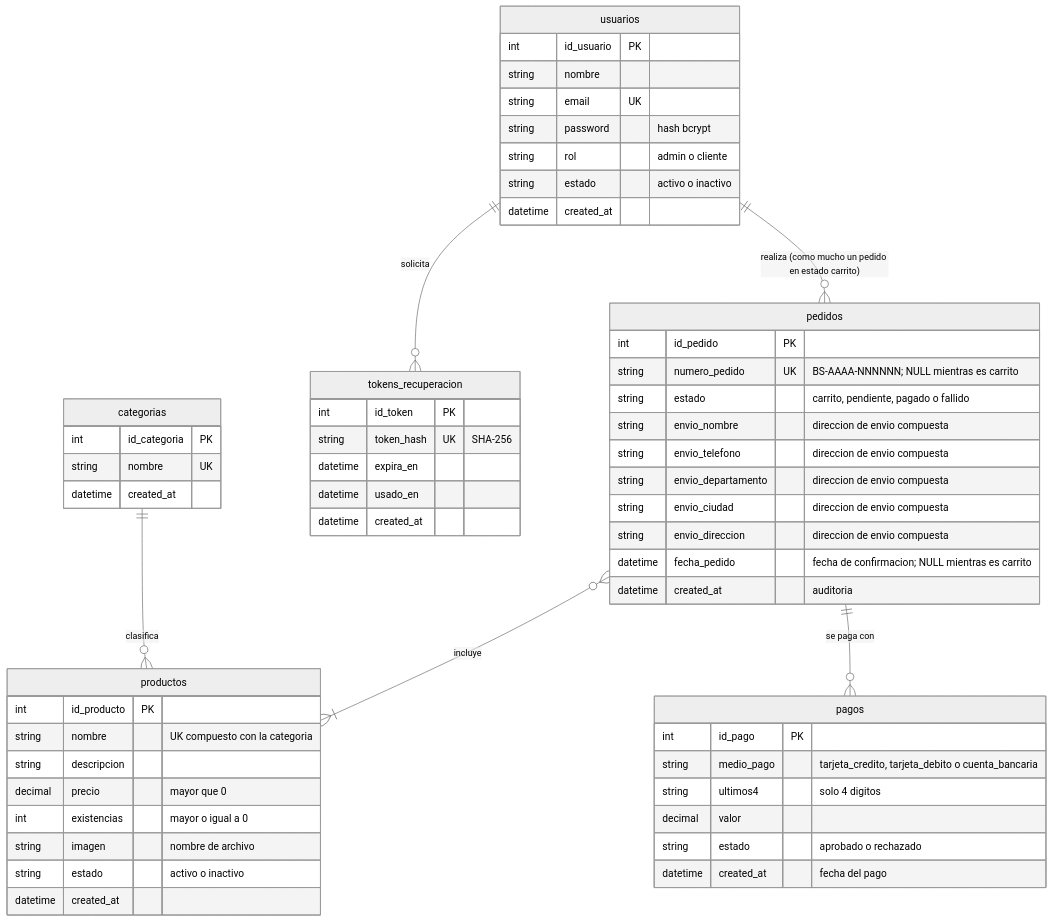
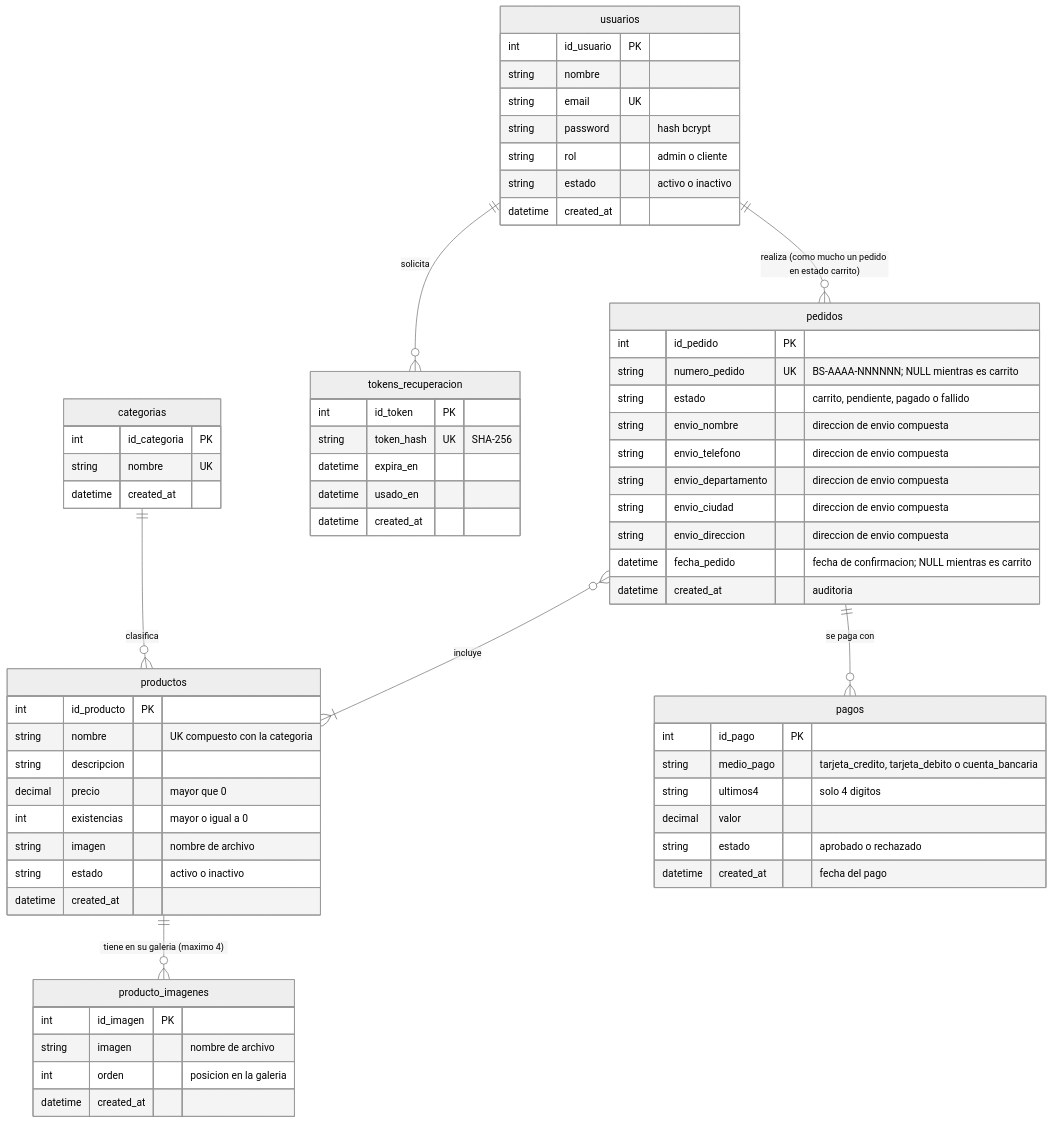
Before and after one commit to sxiks/BIKE-STORE_3400626_EQUIPO_2: the diagram in docs/diseno-tecnico/MODELO_DATOS.md, drawn with Mermaid (neutral theme). The commit also changed other lines of this file and 23 other files, not shown here.

````diff
--- a/docs/diseno-tecnico/MODELO_DATOS.md
+++ b/docs/diseno-tecnico/MODELO_DATOS.md
@@ -53,68 +53,76 @@
 ```mermaid
 erDiagram
     usuarios ||--o{ pedidos : "realiza (como mucho un pedido en estado carrito)"
     usuarios ||--o{ tokens_recuperacion : "solicita"
     categorias ||--o{ productos : "clasifica"
+    productos ||--o{ producto_imagenes : "tiene en su galeria (maximo 4)"
     pedidos }o--|{ productos : "incluye"
     pedidos ||--o{ pagos : "se paga con"
 
     %% incluye -> atributos propios de la relacion: cantidad, precio_unitario (copia R3, se refresca al confirmar), created_at
     %%            sus filas son las lineas del carrito (estado carrito) y las del pedido confirmado
 
     usuarios {
         int id_usuario PK
         string nombre
         string email UK
         string password "hash bcrypt"
         string rol "admin o cliente"
         string estado "activo o inactivo"
         datetime created_at
     }
 
     categorias {
         int id_categoria PK
         string nombre UK
         datetime created_at
     }
 
     productos {
         int id_producto PK
         string nombre "UK compuesto con la categoria"
         string descripcion
         decimal precio "mayor que 0"
         int existencias "mayor o igual a 0"
         string imagen "nombre de archivo"
         string estado "activo o inactivo"
         datetime created_at
     }
 
+    producto_imagenes {
+        int id_imagen PK
+        string imagen "nombre de archivo"
+        int orden "posicion en la galeria"
+        datetime created_at
+    }
+
     pedidos {
         int id_pedido PK
         string numero_pedido UK "BS-AAAA-NNNNNN; NULL mientras es carrito"
         string estado "carrito, pendiente, pagado o fallido"
         string envio_nombre "direccion de envio compuesta"
         string envio_telefono "direccion de envio compuesta"
         string envio_departamento "direccion de envio compuesta"
         string envio_ciudad "direccion de envio compuesta"
         string envio_direccion "direccion de envio compuesta"
         datetime fecha_pedido "fecha de confirmacion; NULL mientras es carrito"
         datetime created_at "auditoria"
     }
 
     pagos {
         int id_pago PK
         string medio_pago "tarjeta_credito, tarjeta_debito o cuenta_bancaria"
         string ultimos4 "solo 4 digitos"
         decimal valor
         string estado "aprobado o rechazado"
         datetime created_at "fecha del pago"
     }
 
     tokens_recuperacion {
         int id_token PK
         string token_hash UK "SHA-256"
         datetime expira_en
         datetime usado_en
         datetime created_at
     }
 ```
````
